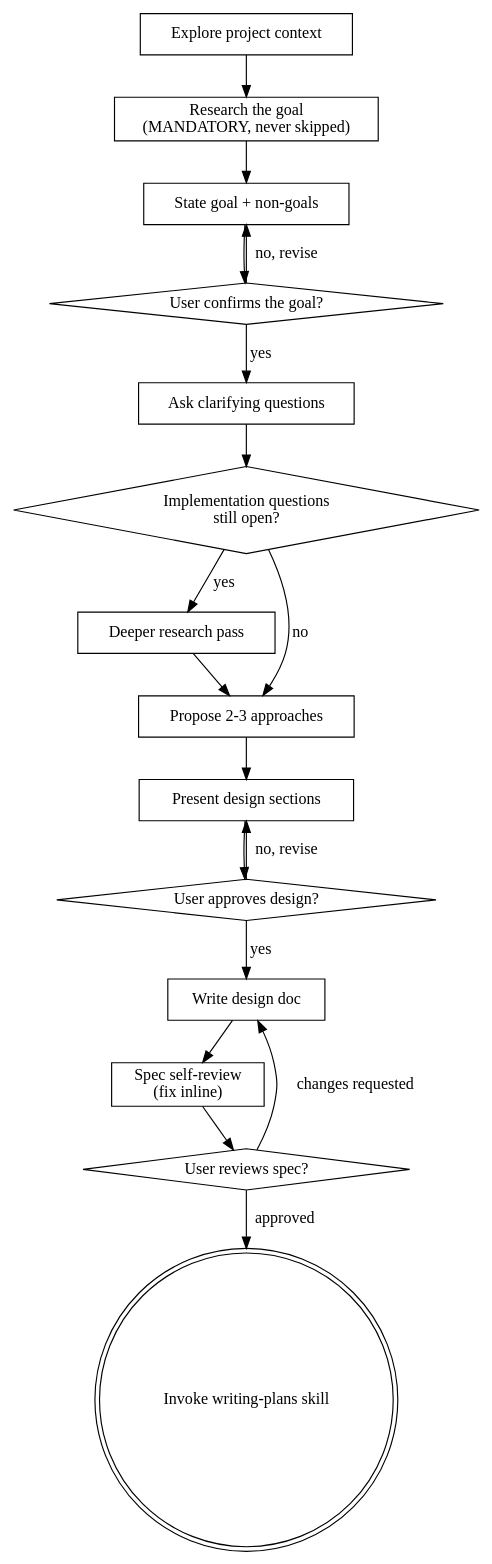
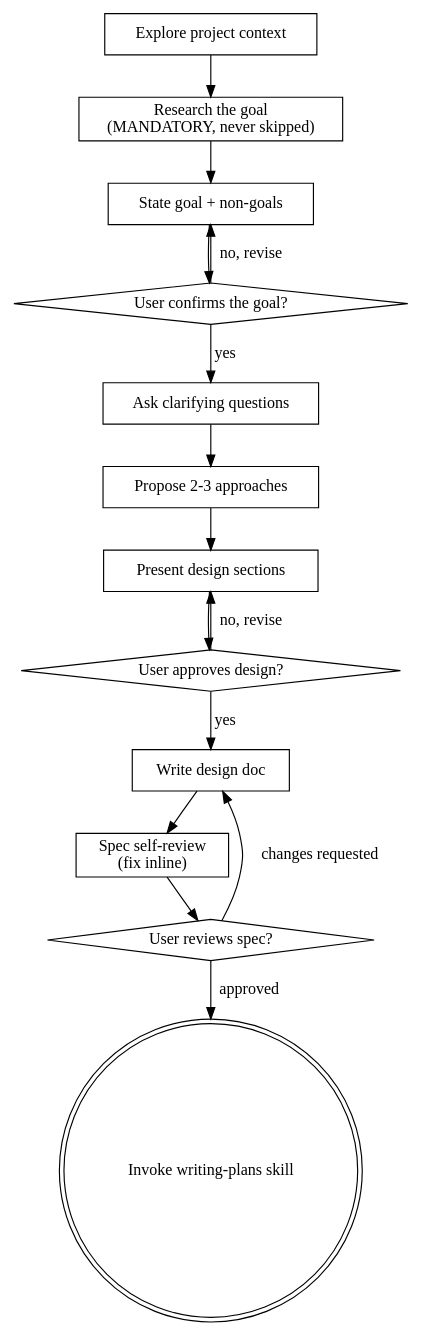
One commit to hypyc95/superpowers changed the diagram in skills/brainstorming/SKILL.md. Above: the diagram before and after it, drawn with Graphviz. The commit also changed other lines of this file, not shown here.

First line of the commit message:
refactor(brainstorming): collapse research into a single mandatory pass

````diff
--- a/skills/brainstorming/SKILL.md
+++ b/skills/brainstorming/SKILL.md
@@ -38,36 +37,31 @@
 ```dot
 digraph brainstorming {
     "Explore project context" [shape=box];
     "Research the goal\n(MANDATORY, never skipped)" [shape=box];
     "State goal + non-goals" [shape=box];
     "User confirms the goal?" [shape=diamond];
     "Ask clarifying questions" [shape=box];
-    "Implementation questions\nstill open?" [shape=diamond];
-    "Deeper research pass" [shape=box];
     "Propose 2-3 approaches" [shape=box];
     "Present design sections" [shape=box];
     "User approves design?" [shape=diamond];
     "Write design doc" [shape=box];
     "Spec self-review\n(fix inline)" [shape=box];
     "User reviews spec?" [shape=diamond];
     "Invoke writing-plans skill" [shape=doublecircle];
 
     "Explore project context" -> "Research the goal\n(MANDATORY, never skipped)";
     "Research the goal\n(MANDATORY, never skipped)" -> "State goal + non-goals";
     "State goal + non-goals" -> "User confirms the goal?";
     "User confirms the goal?" -> "State goal + non-goals" [label="no, revise"];
     "User confirms the goal?" -> "Ask clarifying questions" [label="yes"];
-    "Ask clarifying questions" -> "Implementation questions\nstill open?";
-    "Implementation questions\nstill open?" -> "Deeper research pass" [label="yes"];
-    "Implementation questions\nstill open?" -> "Propose 2-3 approaches" [label="no"];
-    "Deeper research pass" -> "Propose 2-3 approaches";
+    "Ask clarifying questions" -> "Propose 2-3 approaches";
     "Propose 2-3 approaches" -> "Present design sections";
     "Present design sections" -> "User approves design?";
     "User approves design?" -> "Present design sections" [label="no, revise"];
     "User approves design?" -> "Write design doc" [label="yes"];
     "Write design doc" -> "Spec self-review\n(fix inline)";
     "Spec self-review\n(fix inline)" -> "User reviews spec?";
     "User reviews spec?" -> "Write design doc" [label="changes requested"];
     "User reviews spec?" -> "Invoke writing-plans skill" [label="approved"];
 }
 ```
````
